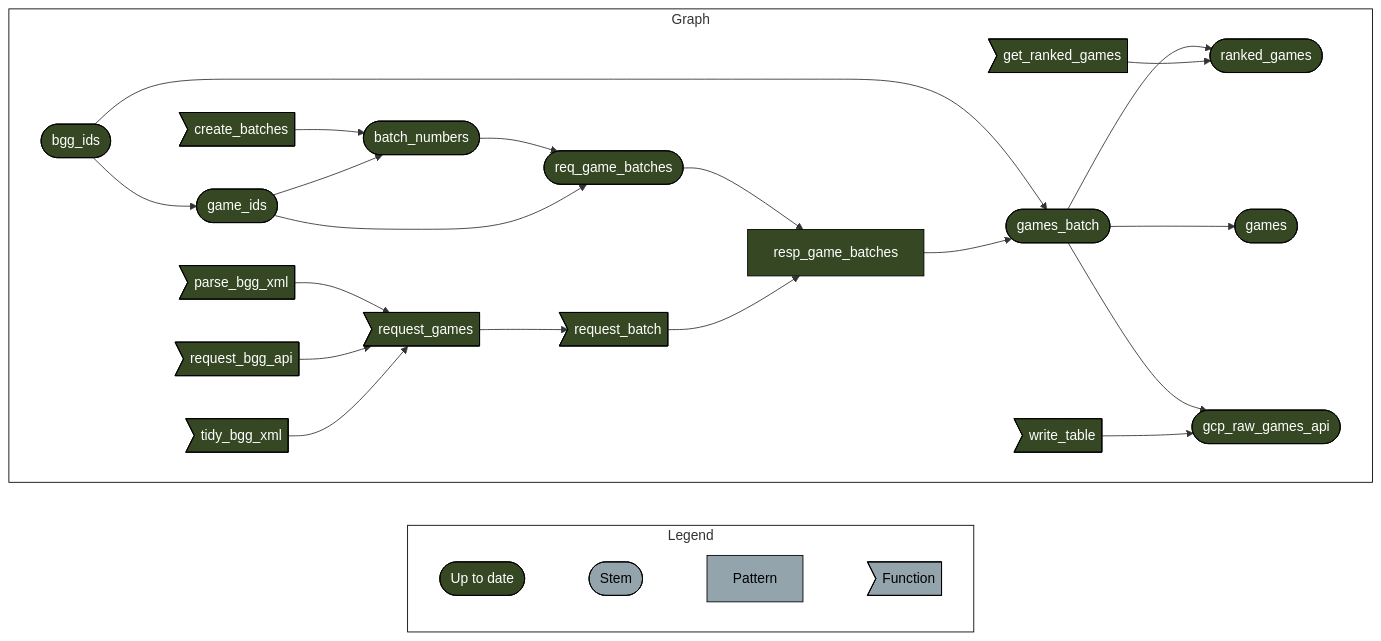
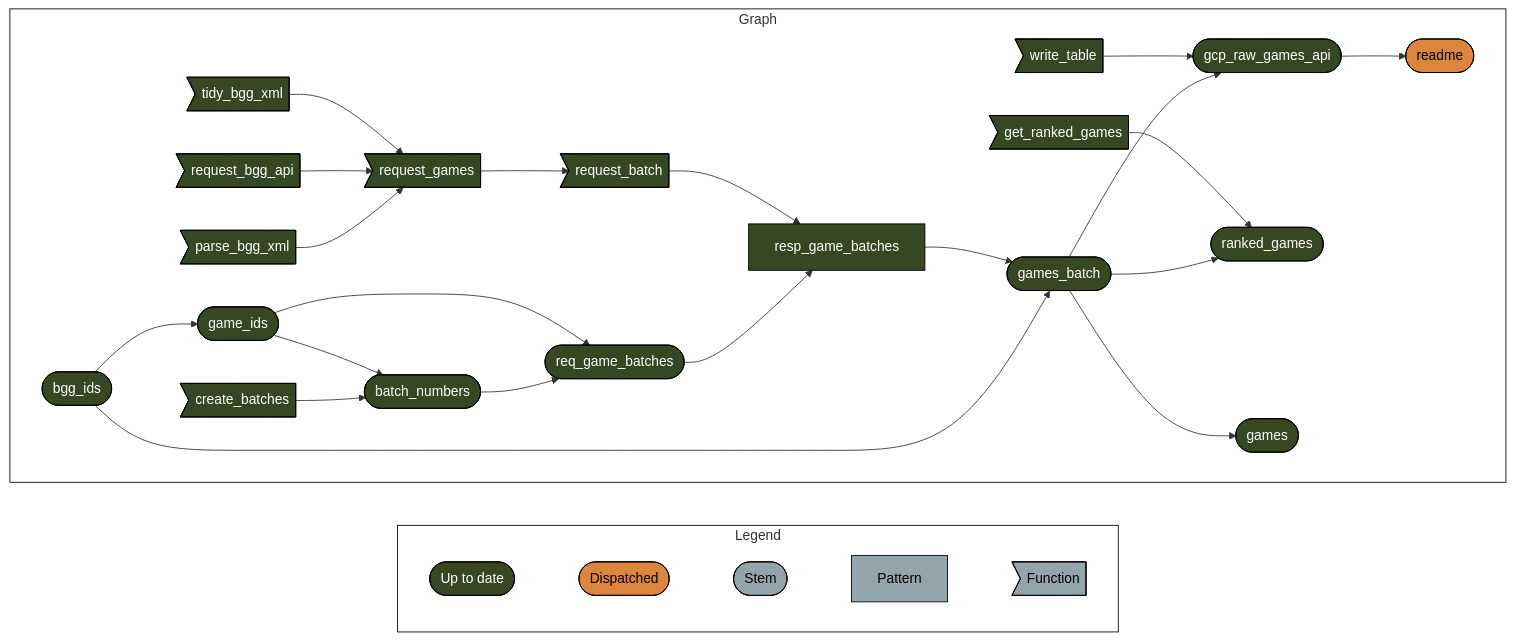
One commit to phenrickson/bgg_data changed the diagram in README.md. Above: the diagram before and after it, drawn with Mermaid. The commit also changed other lines of this file and 2 other files, not shown here.

Commit message:
adding readme to pipeline

````diff
--- a/README.md
+++ b/README.md
@@ -19,37 +19,41 @@
 ``` mermaid
 graph LR
   style Legend fill:#FFFFFF00,stroke:#000000;
   style Graph fill:#FFFFFF00,stroke:#000000;
   subgraph Legend
     direction LR
-    x7420bd9270f8d27d([""Up to date""]):::uptodate --- xbf4603d6c2c2ad6b([""Stem""]):::none
-    xbf4603d6c2c2ad6b([""Stem""]):::none --- x70a5fa6bea6f298d[""Pattern""]:::none
-    x70a5fa6bea6f298d[""Pattern""]:::none --- xf0bce276fe2b9d3e>""Function""]:::none
+    xf1522833a4d242c5([""Up to date""]):::uptodate --- xb6630624a7b3aa0f([""Dispatched""]):::dispatched
+    xb6630624a7b3aa0f([""Dispatched""]):::dispatched --- xd03d7c7dd2ddda2b([""Stem""]):::none
+    xd03d7c7dd2ddda2b([""Stem""]):::none --- x6f7e04ea3427f824[""Pattern""]:::none
+    x6f7e04ea3427f824[""Pattern""]:::none --- xeb2d7cac8a1ce544>""Function""]:::none
   end
   subgraph Graph
     direction LR
-    x39b6812ed242d611>"parse_bgg_xml"]:::uptodate --> x0ebe8341a2442c16>"request_games"]:::uptodate
-    x609b87dc2634ad1d>"request_bgg_api"]:::uptodate --> x0ebe8341a2442c16>"request_games"]:::uptodate
-    x5d06fedf30b364d1>"tidy_bgg_xml"]:::uptodate --> x0ebe8341a2442c16>"request_games"]:::uptodate
-    x0ebe8341a2442c16>"request_games"]:::uptodate --> xfba0da78c0be6556>"request_batch"]:::uptodate
-    x137069f8bf026eca(["req_game_batches"]):::uptodate --> x8bcc16a0a814cf48["resp_game_batches"]:::uptodate
-    xfba0da78c0be6556>"request_batch"]:::uptodate --> x8bcc16a0a814cf48["resp_game_batches"]:::uptodate
-    xb8813b801dfbb37d(["bgg_ids"]):::uptodate --> x89a75fc9787e4551(["games_batch"]):::uptodate
-    x8bcc16a0a814cf48["resp_game_batches"]:::uptodate --> x89a75fc9787e4551(["games_batch"]):::uptodate
-    x89a75fc9787e4551(["games_batch"]):::uptodate --> xbbcfc6254425a416(["ranked_games"]):::uptodate
-    xc47c45fc9f8662c0>"get_ranked_games"]:::uptodate --> xbbcfc6254425a416(["ranked_games"]):::uptodate
-    x89a75fc9787e4551(["games_batch"]):::uptodate --> x80d94f4f242b8556(["games"]):::uptodate
-    x5fee1b5b1808a5a5>"create_batches"]:::uptodate --> x07f403e5660d4aa2(["batch_numbers"]):::uptodate
-    x890dd267a7f272d6(["game_ids"]):::uptodate --> x07f403e5660d4aa2(["batch_numbers"]):::uptodate
-    xb8813b801dfbb37d(["bgg_ids"]):::uptodate --> x890dd267a7f272d6(["game_ids"]):::uptodate
-    x07f403e5660d4aa2(["batch_numbers"]):::uptodate --> x137069f8bf026eca(["req_game_batches"]):::uptodate
-    x890dd267a7f272d6(["game_ids"]):::uptodate --> x137069f8bf026eca(["req_game_batches"]):::uptodate
-    x89a75fc9787e4551(["games_batch"]):::uptodate --> xe225e12f9baa6aac(["gcp_raw_games_api"]):::uptodate
-    x15726cccffa31d0b>"write_table"]:::uptodate --> xe225e12f9baa6aac(["gcp_raw_games_api"]):::uptodate
+    xf9107f40574e0688>"parse_bgg_xml"]:::uptodate --> xb7d8ed75429dd2d3>"request_games"]:::uptodate
+    xfa47bc4f9b7ff9d4>"request_bgg_api"]:::uptodate --> xb7d8ed75429dd2d3>"request_games"]:::uptodate
+    x7df7644c63b276a4>"tidy_bgg_xml"]:::uptodate --> xb7d8ed75429dd2d3>"request_games"]:::uptodate
+    xb7d8ed75429dd2d3>"request_games"]:::uptodate --> x2fa7a9263b0c6d5b>"request_batch"]:::uptodate
+    xfee87d03ded1f217(["gcp_raw_games_api"]):::uptodate --> xc11069275cfeb620(["readme"]):::dispatched
+    x9dece1c65ecb5028(["games_batch"]):::uptodate --> xbfb25272bc64f3d1(["ranked_games"]):::uptodate
+    x2cf794a60330f53b>"get_ranked_games"]:::uptodate --> xbfb25272bc64f3d1(["ranked_games"]):::uptodate
+    x7dbf8de746cff5f0>"create_batches"]:::uptodate --> xba75b35d0a8e6e78(["batch_numbers"]):::uptodate
+    x2d4f1c2653f94fa0(["game_ids"]):::uptodate --> xba75b35d0a8e6e78(["batch_numbers"]):::uptodate
+    xac4cca784f3ed72c(["bgg_ids"]):::uptodate --> x9dece1c65ecb5028(["games_batch"]):::uptodate
+    x52391527f3798836["resp_game_batches"]:::uptodate --> x9dece1c65ecb5028(["games_batch"]):::uptodate
+    x9dece1c65ecb5028(["games_batch"]):::uptodate --> x574e5c623f867900(["games"]):::uptodate
+    x3b8eb25aed2fb160(["req_game_batches"]):::uptodate --> x52391527f3798836["resp_game_batches"]:::uptodate
+    x2fa7a9263b0c6d5b>"request_batch"]:::uptodate --> x52391527f3798836["resp_game_batches"]:::uptodate
+    xba75b35d0a8e6e78(["batch_numbers"]):::uptodate --> x3b8eb25aed2fb160(["req_game_batches"]):::uptodate
+    x2d4f1c2653f94fa0(["game_ids"]):::uptodate --> x3b8eb25aed2fb160(["req_game_batches"]):::uptodate
+    xac4cca784f3ed72c(["bgg_ids"]):::uptodate --> x2d4f1c2653f94fa0(["game_ids"]):::uptodate
+    x9dece1c65ecb5028(["games_batch"]):::uptodate --> xfee87d03ded1f217(["gcp_raw_games_api"]):::uptodate
+    x82de3cade2b2f46e>"write_table"]:::uptodate --> xfee87d03ded1f217(["gcp_raw_games_api"]):::uptodate
   end
   classDef uptodate stroke:#000000,color:#ffffff,fill:#354823;
+  classDef dispatched stroke:#000000,color:#000000,fill:#DC863B;
   classDef none stroke:#000000,color:#000000,fill:#94a4ac;
   linkStyle 0 stroke-width:0px;
   linkStyle 1 stroke-width:0px;
   linkStyle 2 stroke-width:0px;
+  linkStyle 3 stroke-width:0px;
 ```
````
